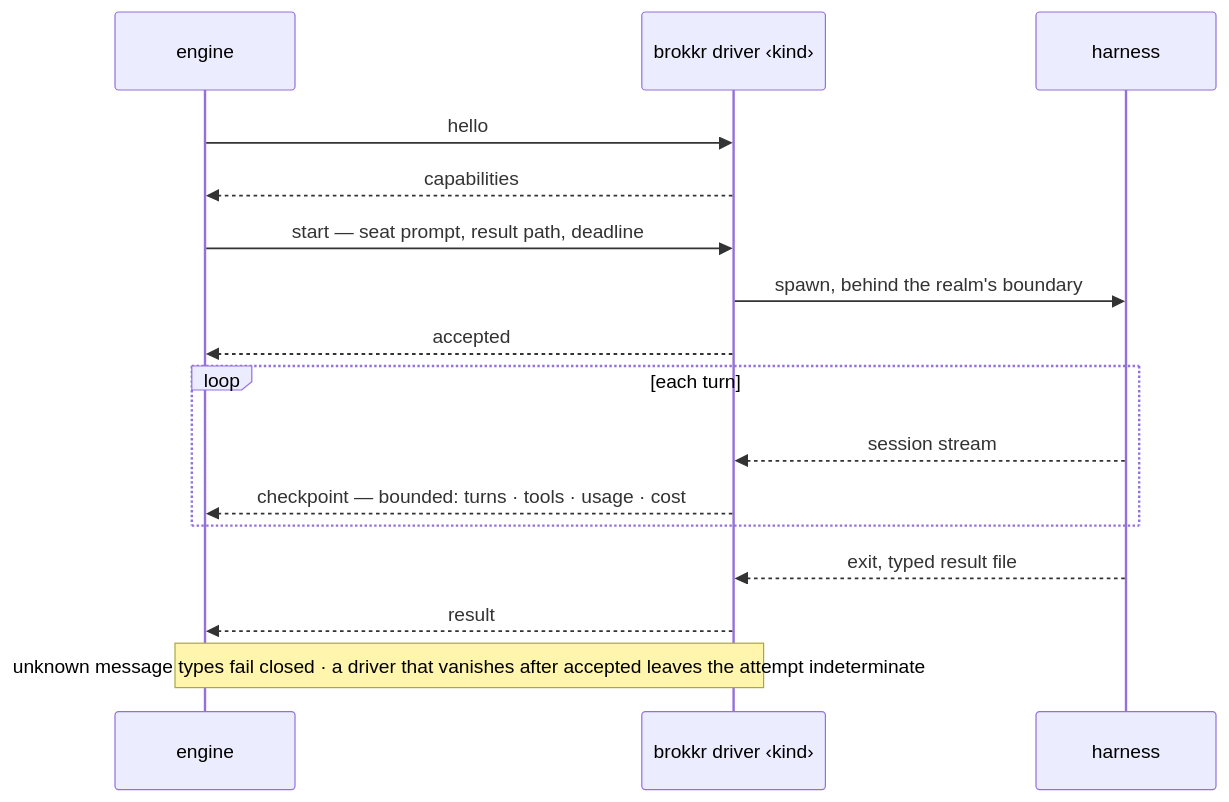
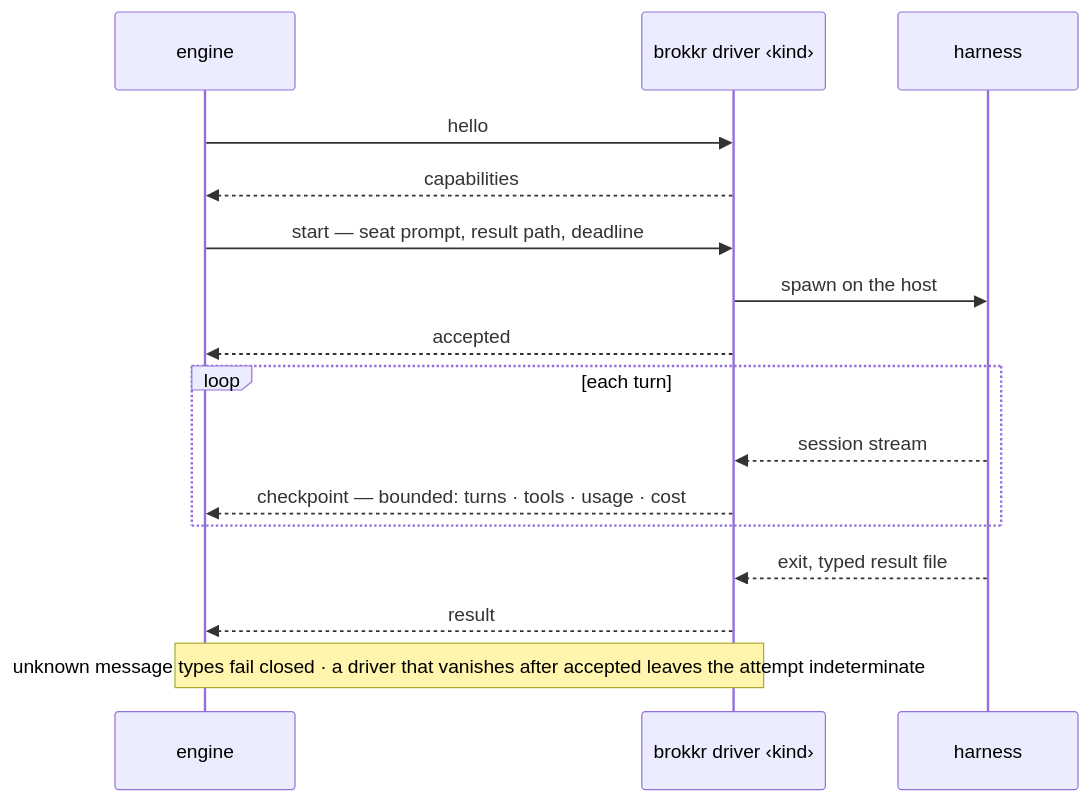
One commit to feedback-loop-ai/brokkr changed the eighth of 8 diagrams in ARCHITECTURE.md. Above: the diagram before and after it, drawn with Mermaid. The commit also changed other lines of this file and 6 other files, not shown here.

First line of the commit message:
docs: the harness spawns on the host, a boundary stands only around hands, a hands fragment hands one tool, and the matrix reads its shape names from the file (#366)

````diff
--- a/ARCHITECTURE.md
+++ b/ARCHITECTURE.md
@@ -226,18 +226,18 @@
 ```mermaid
 sequenceDiagram
   participant E as engine
   participant D as brokkr driver ‹kind›
   participant H as harness
   E->>D: hello
   D-->>E: capabilities
   E->>D: start — seat prompt, result path, deadline
-  D->>H: spawn, behind the realm's boundary
+  D->>H: spawn on the host
   D-->>E: accepted
   loop each turn
     H-->>D: session stream
     D-->>E: checkpoint — bounded: turns · tools · usage · cost
   end
   H-->>D: exit, typed result file
   D-->>E: result
   Note over E,D: unknown message types fail closed · a driver that vanishes after accepted leaves the attempt indeterminate
 ```
````
